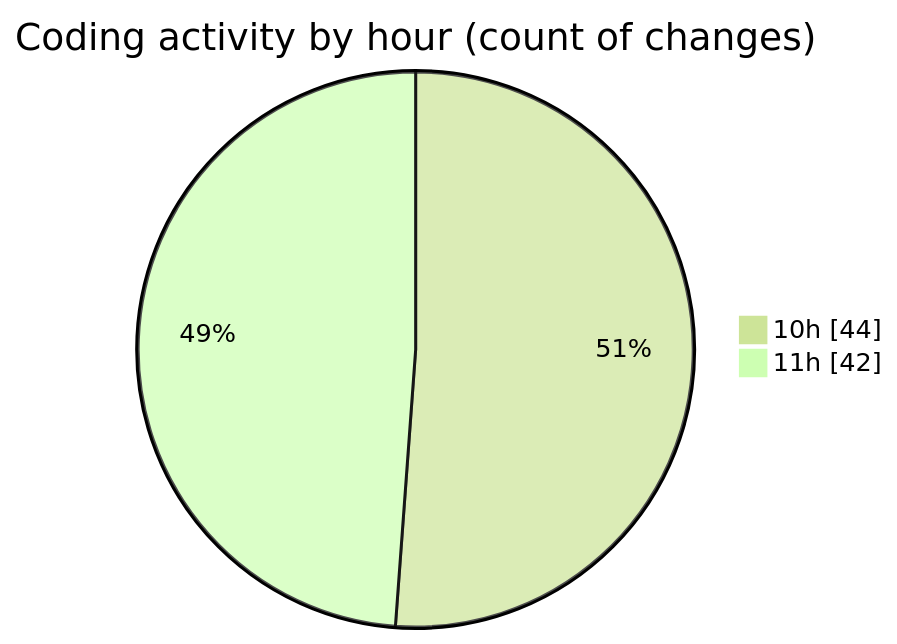
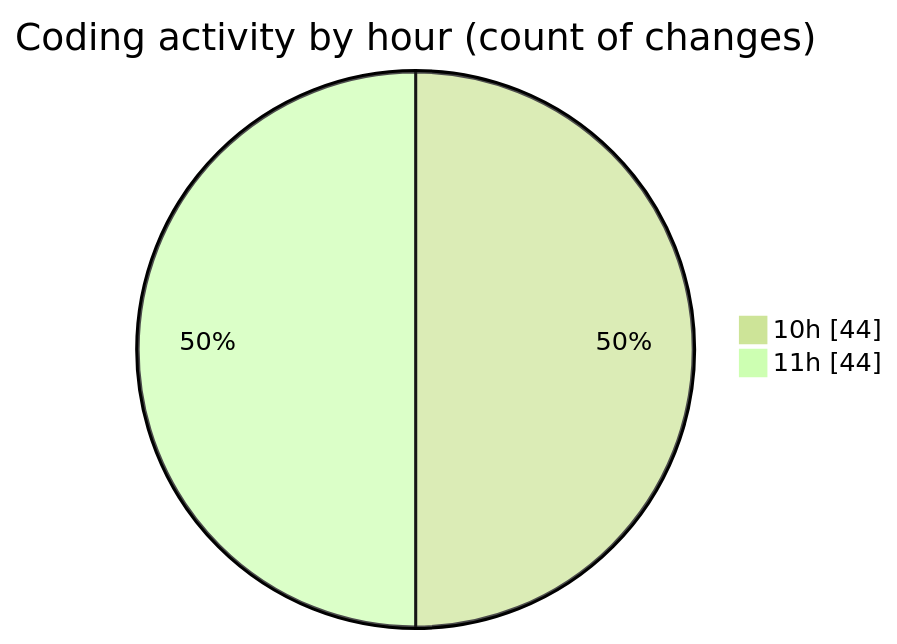
One commit to momahboobian/code-tracking changed the second of 2 diagrams in 2025-08-28/cda/README.md. Above: the diagram before and after it, drawn with Mermaid (forest theme). The commit also changed other lines of this file and 1 other file, not shown here.

````diff
--- a/2025-08-28/cda/README.md
+++ b/2025-08-28/cda/README.md
@@ -31,6 +31,6 @@
 ```mermaid
 pie showData
 title Coding activity by hour (count of changes)
 "10h" : 44
-"11h" : 42
+"11h" : 44
 ```
````
